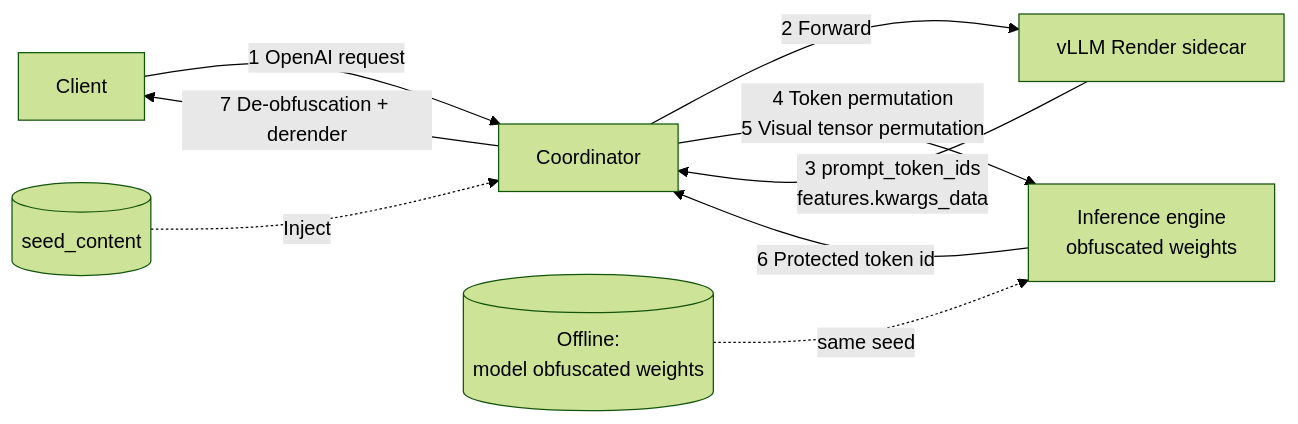
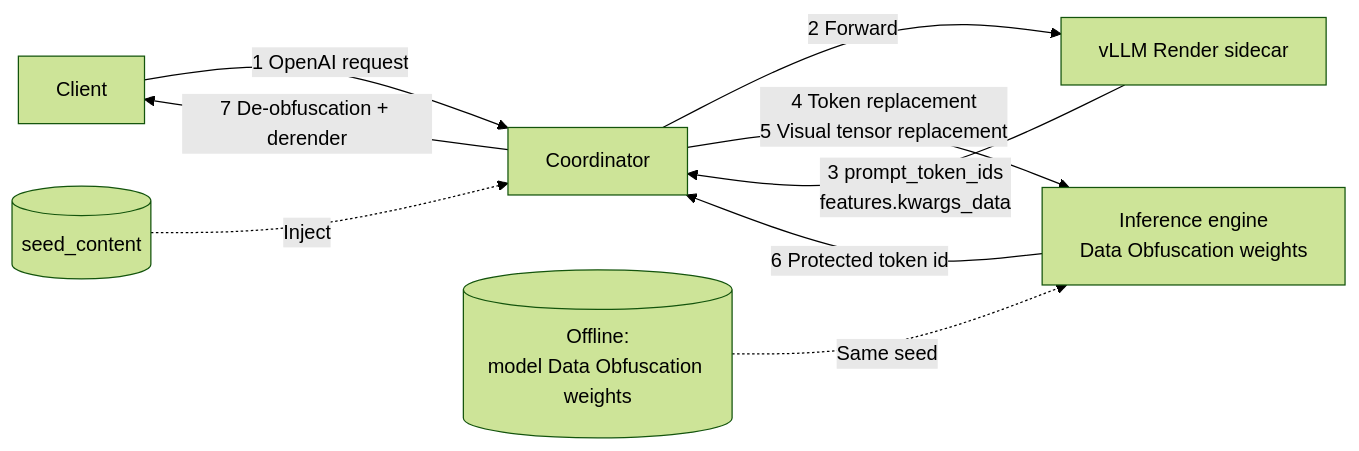
Before and after one commit to Ascend/MindIE-Motor: the diagram in docs/en/user_guide/features/data_obfuscation.md, drawn with Mermaid (forest theme). The commit also changed other lines of this file and 21 other files, not shown here.

````diff
--- a/docs/en/user_guide/features/data_obfuscation.md
+++ b/docs/en/user_guide/features/data_obfuscation.md
@@ -15,12 +15,12 @@
 ```mermaid
 flowchart LR
     C[Client] -->|1 OpenAI request| CO[Coordinator]
     CO -->|2 Forward| RD[vLLM Render sidecar]
     RD -->|3 prompt_token_ids<br/>features.kwargs_data| CO
-    CO -->|4 Token permutation<br/>5 Visual tensor permutation| EN[Inference engine<br/>obfuscated weights]
+    CO -->|4 Token replacement<br/>5 Visual tensor replacement| EN[Inference engine<br/>Data Obfuscation weights]
     EN -->|6 Protected token id| CO
     CO -->|7 De-obfuscation + derender| C
 
-    W[(Offline:<br/>model obfuscated weights)] -.->|same seed| EN
+    W[(Offline:<br/>model Data Obfuscation weights)] -.->|Same seed| EN
     S[(seed_content)] -.->|Inject| CO
 ```
````
